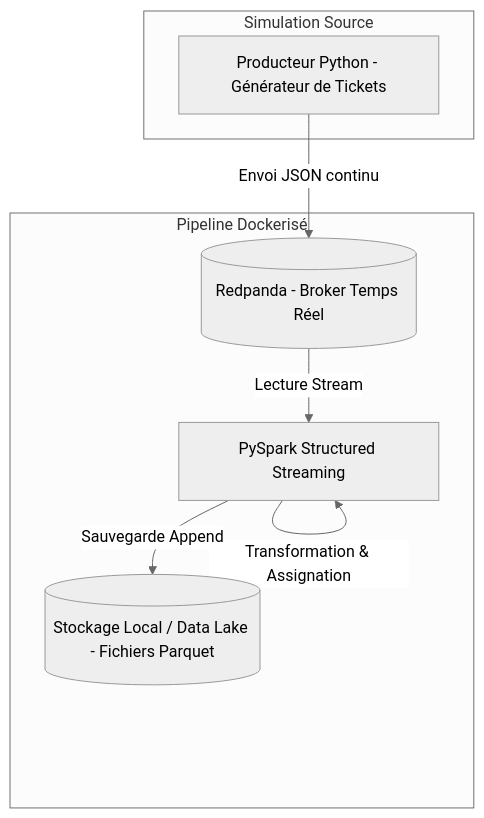
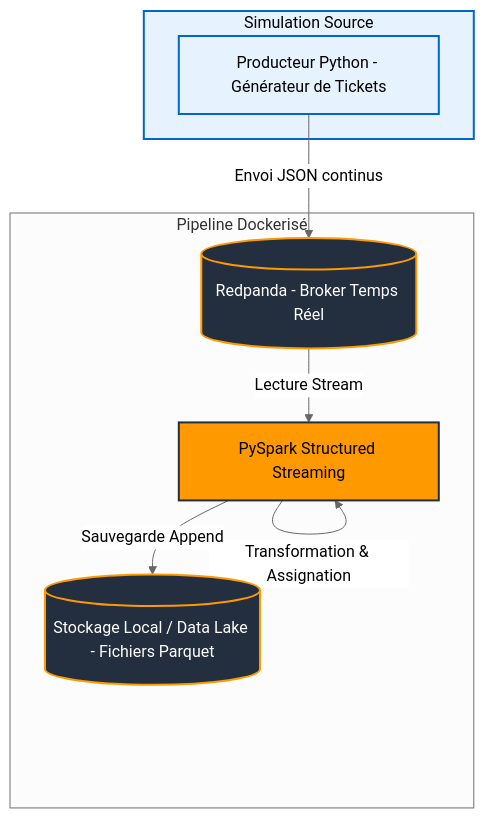
Before and after one commit to Jeremy-Huleux/_oc-data_engineer_projet-9_POC: the diagram in README.md, drawn with Mermaid (neutral theme).

Commit message:
Amélioration du graph sur le readme

````diff
--- a/README.md
+++ b/README.md
@@ -19,17 +19,25 @@
 ```mermaid
 graph TD
     subgraph Local [Simulation Source]
         Prod[Producteur Python - Générateur de Tickets]
     end
 
     subgraph POC [Pipeline Dockerisé]
         RP[(Redpanda - Broker Temps Réel)]
         SP[PySpark Structured Streaming]
         S3[(Stockage Local / Data Lake - Fichiers Parquet)]
-
-        Prod -->|Envoi JSON continu| RP
+        
+        Prod -->|Envoi JSON continus| RP
         RP -->|Lecture Stream| SP
         SP -->|Transformation & Assignation| SP
         SP -->|Sauvegarde Append| S3
     end
+
+    classDef aws fill:#FF9900,stroke:#232F3E,stroke-width:2px,color:black;
+    classDef data fill:#232F3E,stroke:#FF9900,stroke-width:2px,color:white;
+    classDef onprem fill:#E6F3FF,stroke:#0066CC,stroke-width:2px,color:black;
+    
+    class Local,Prod onprem;
+    class S3,RP data;
+    class SP aws;
 ```
````
